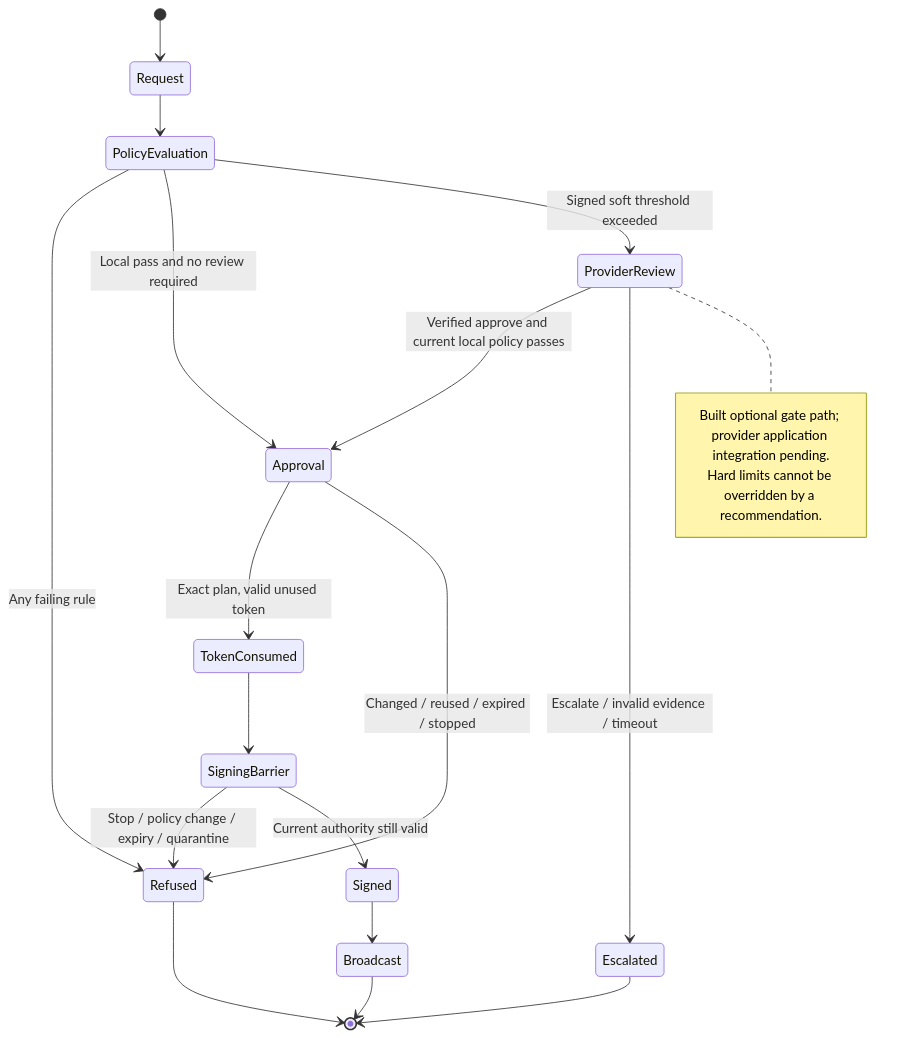
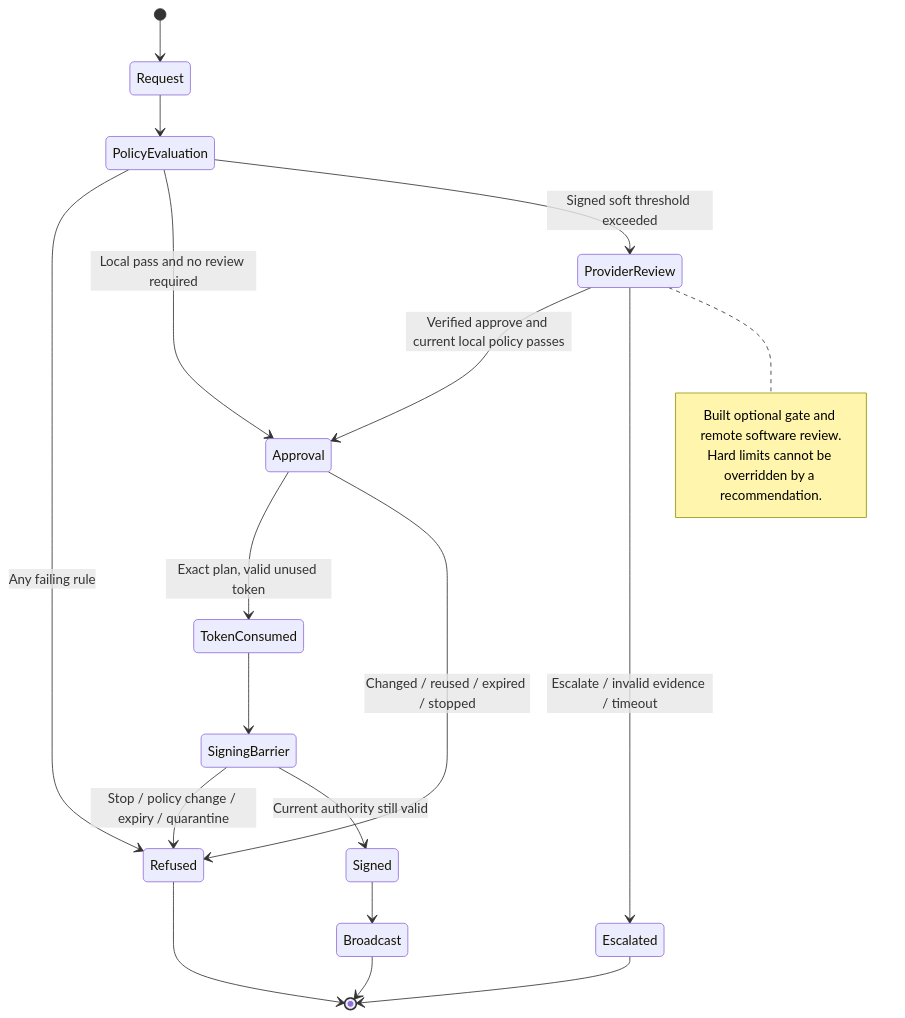
One commit to AmirMFarhang/Sealwatch changed the third of 3 diagrams in README.md. Above: the diagram before and after it, drawn with Mermaid. The commit also changed other lines of this file and 3 other files, not shown here.

Commit message:
Record final software screening and real remote review without broadcasts

````diff
--- a/README.md
+++ b/README.md
@@ -130,23 +131,23 @@
 ```mermaid
 stateDiagram-v2
     [*] --> Request
     Request --> PolicyEvaluation
     PolicyEvaluation --> Refused: Any failing rule
     PolicyEvaluation --> Approval: Local pass and no review required
     PolicyEvaluation --> ProviderReview: Signed soft threshold exceeded
     ProviderReview --> Approval: Verified approve and current local policy passes
     ProviderReview --> Escalated: Escalate / invalid evidence / timeout
     note right of ProviderReview
-      Built optional gate path; provider application integration pending.
+      Built optional gate and remote software review.
       Hard limits cannot be overridden by a recommendation.
     end note
     Approval --> TokenConsumed: Exact plan, valid unused token
     Approval --> Refused: Changed / reused / expired / stopped
     TokenConsumed --> SigningBarrier
     SigningBarrier --> Refused: Stop / policy change / expiry / quarantine
     SigningBarrier --> Signed: Current authority still valid
     Signed --> Broadcast
     Refused --> [*]
     Escalated --> [*]
     Broadcast --> [*]
 ```
````
